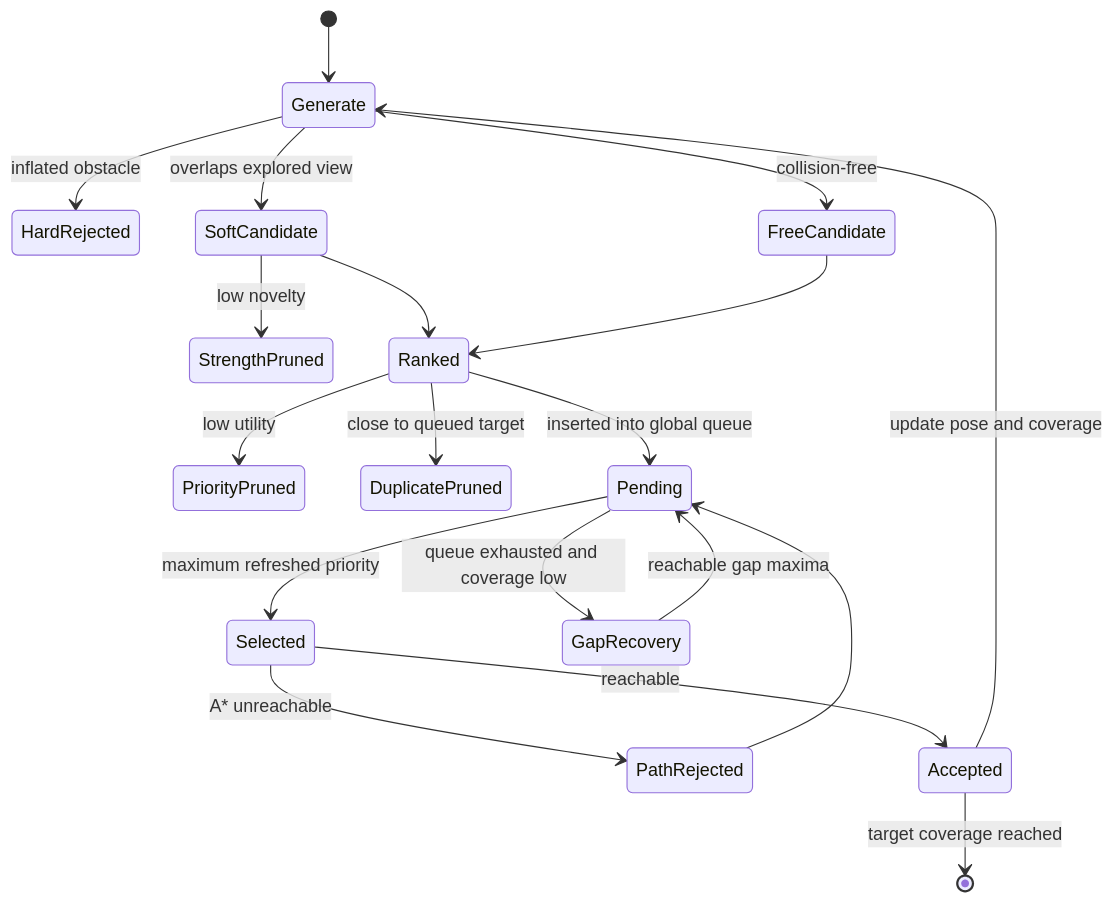
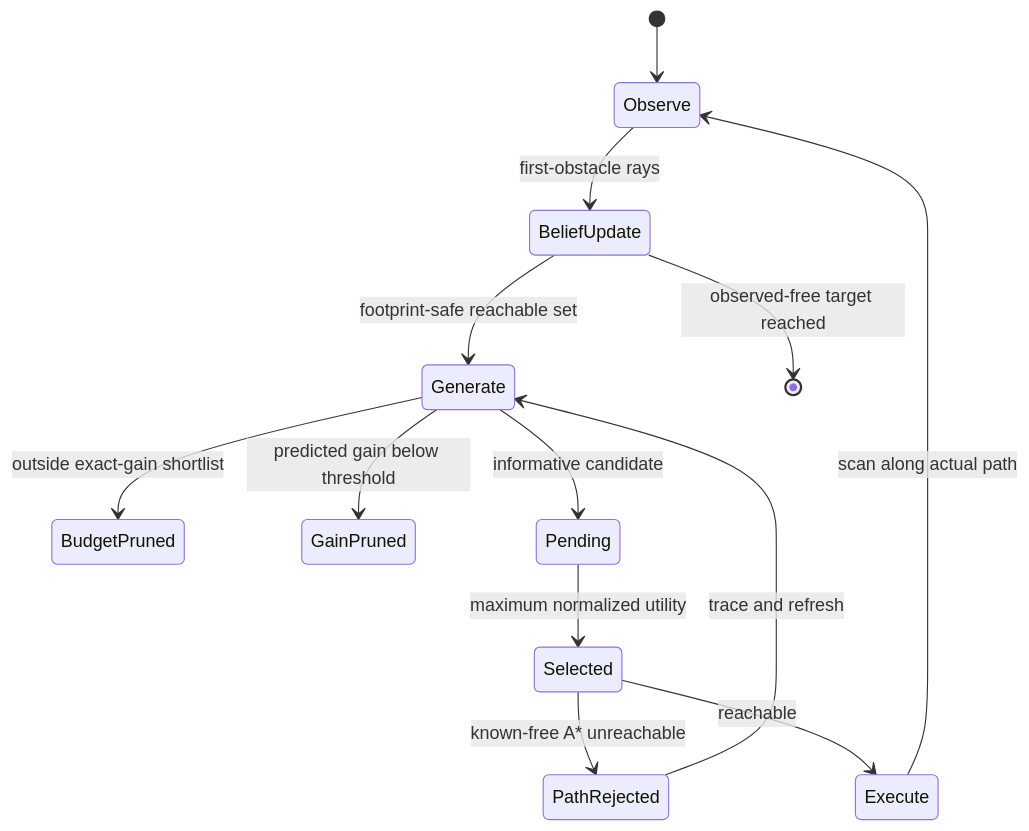
Before and after one commit to DaojiePENG/sstg-expl: the second of 2 diagrams in docs/PAPER_STRUCTURE.md, drawn with Mermaid. The commit also changed other lines of this file and 19 other files, not shown here.

````diff
--- a/docs/PAPER_STRUCTURE.md
+++ b/docs/PAPER_STRUCTURE.md
@@ -60,21 +50,15 @@
 ```mermaid
 stateDiagram-v2
-    [*] --> Generate
-    Generate --> HardRejected: inflated obstacle
-    Generate --> SoftCandidate: overlaps explored view
-    Generate --> FreeCandidate: collision-free
-    SoftCandidate --> StrengthPruned: low novelty
-    SoftCandidate --> Ranked
-    FreeCandidate --> Ranked
-    Ranked --> PriorityPruned: low utility
-    Ranked --> DuplicatePruned: close to queued target
-    Ranked --> Pending: inserted into global queue
-    Pending --> Selected: maximum refreshed priority
-    Selected --> PathRejected: A* unreachable
-    Selected --> Accepted: reachable
-    Accepted --> Generate: update pose and coverage
-    PathRejected --> Pending
-    Pending --> GapRecovery: queue exhausted and coverage low
-    GapRecovery --> Pending: reachable gap maxima
-    Accepted --> [*]: target coverage reached
+    [*] --> Observe
+    Observe --> BeliefUpdate: first-obstacle rays
+    BeliefUpdate --> Generate: footprint-safe reachable set
+    Generate --> BudgetPruned: outside exact-gain shortlist
+    Generate --> GainPruned: predicted gain below threshold
+    Generate --> Pending: informative candidate
+    Pending --> Selected: maximum normalized utility
+    Selected --> PathRejected: known-free A* unreachable
+    Selected --> Execute: reachable
+    PathRejected --> Generate: trace and refresh
+    Execute --> Observe: scan along actual path
+    BeliefUpdate --> [*]: observed-free target reached
 ```
````
